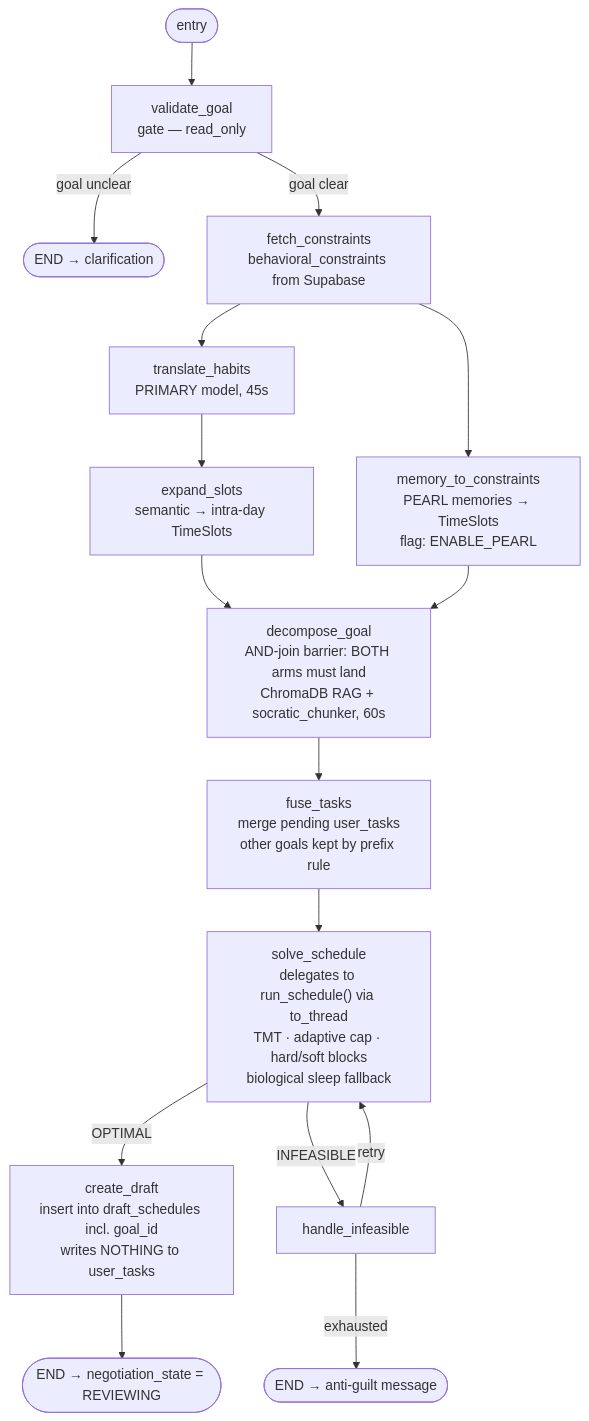
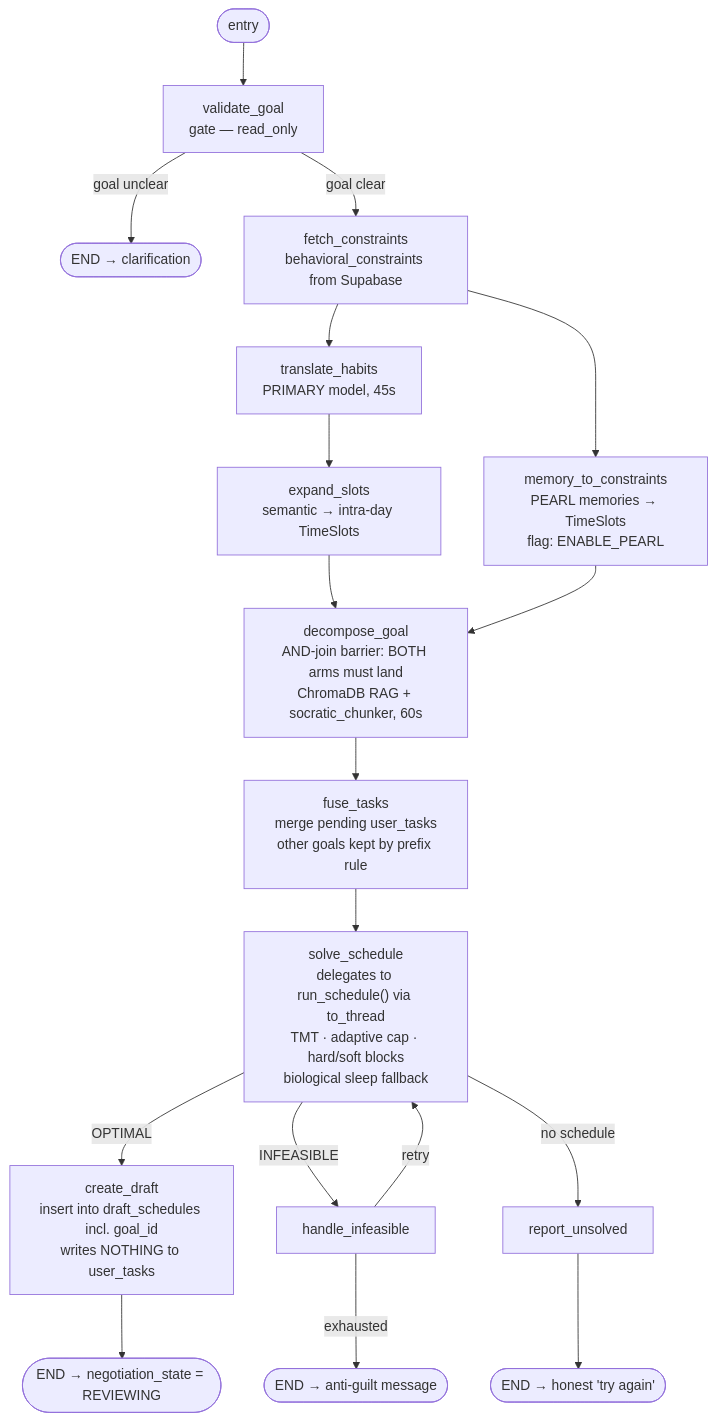
The second of 3 diagrams in docs/PROJECT_STATUS.md (HackHeroic/Jarvis-Engine), drawn with Mermaid before and after one commit. The commit also changed other lines of this file and 24 other files, not shown here.

````diff
--- a/docs/PROJECT_STATUS.md
+++ b/docs/PROJECT_STATUS.md
@@ -129,23 +152,24 @@
 ```mermaid
 flowchart TD
     START([entry]) --> VG["validate_goal<br/>gate — read_only"]
     VG -->|goal unclear| ENDA(["END → clarification"])
     VG -->|goal clear| FC["fetch_constraints<br/>behavioral_constraints from Supabase"]
 
     FC --> TH["translate_habits<br/>PRIMARY model, 45s"]
     FC --> M2C["memory_to_constraints<br/>PEARL memories → TimeSlots<br/>flag: ENABLE_PEARL"]
     TH --> ES["expand_slots<br/>semantic → intra-day TimeSlots"]
 
     ES --> DG
     M2C --> DG
     DG["decompose_goal<br/>AND-join barrier: BOTH arms must land<br/>ChromaDB RAG + socratic_chunker, 60s"]
 
     DG --> FT["fuse_tasks<br/>merge pending user_tasks<br/>other goals kept by prefix rule"]
     FT --> SS["solve_schedule<br/>delegates to run_schedule() via to_thread<br/>TMT · adaptive cap · hard/soft blocks<br/>biological sleep fallback"]
 
     SS -->|OPTIMAL| CD["create_draft<br/>insert into draft_schedules incl. goal_id<br/>writes NOTHING to user_tasks"]
     SS -->|INFEASIBLE| HI["handle_infeasible"]
+    SS -->|no schedule| RU["report_unsolved"] --> ENDD(["END → honest 'try again'"])
     HI -->|retry| SS
     HI -->|exhausted| ENDB(["END → anti-guilt message"])
     CD --> ENDC(["END → negotiation_state = REVIEWING"])
 ```
````
